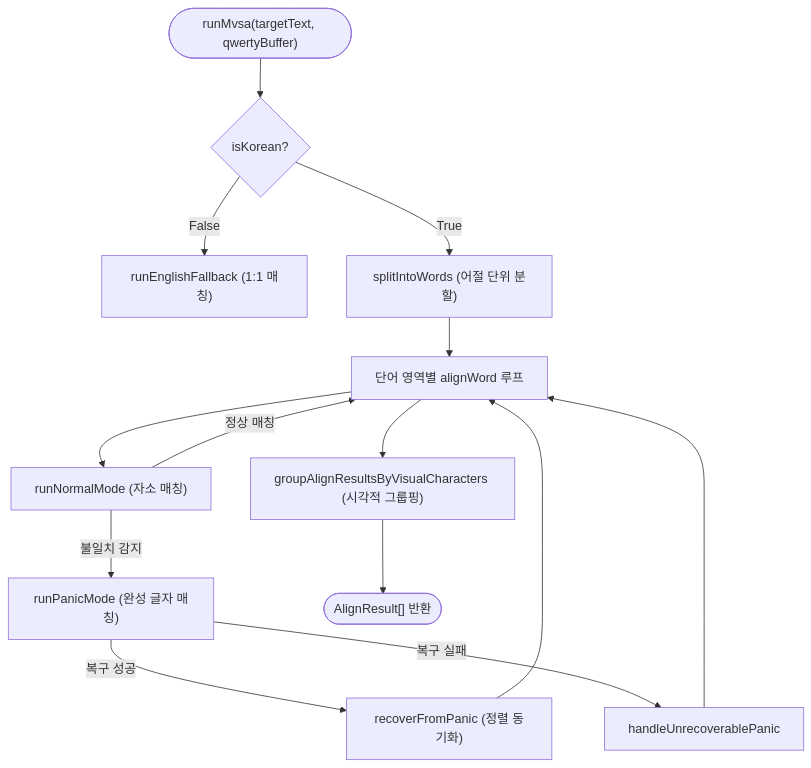
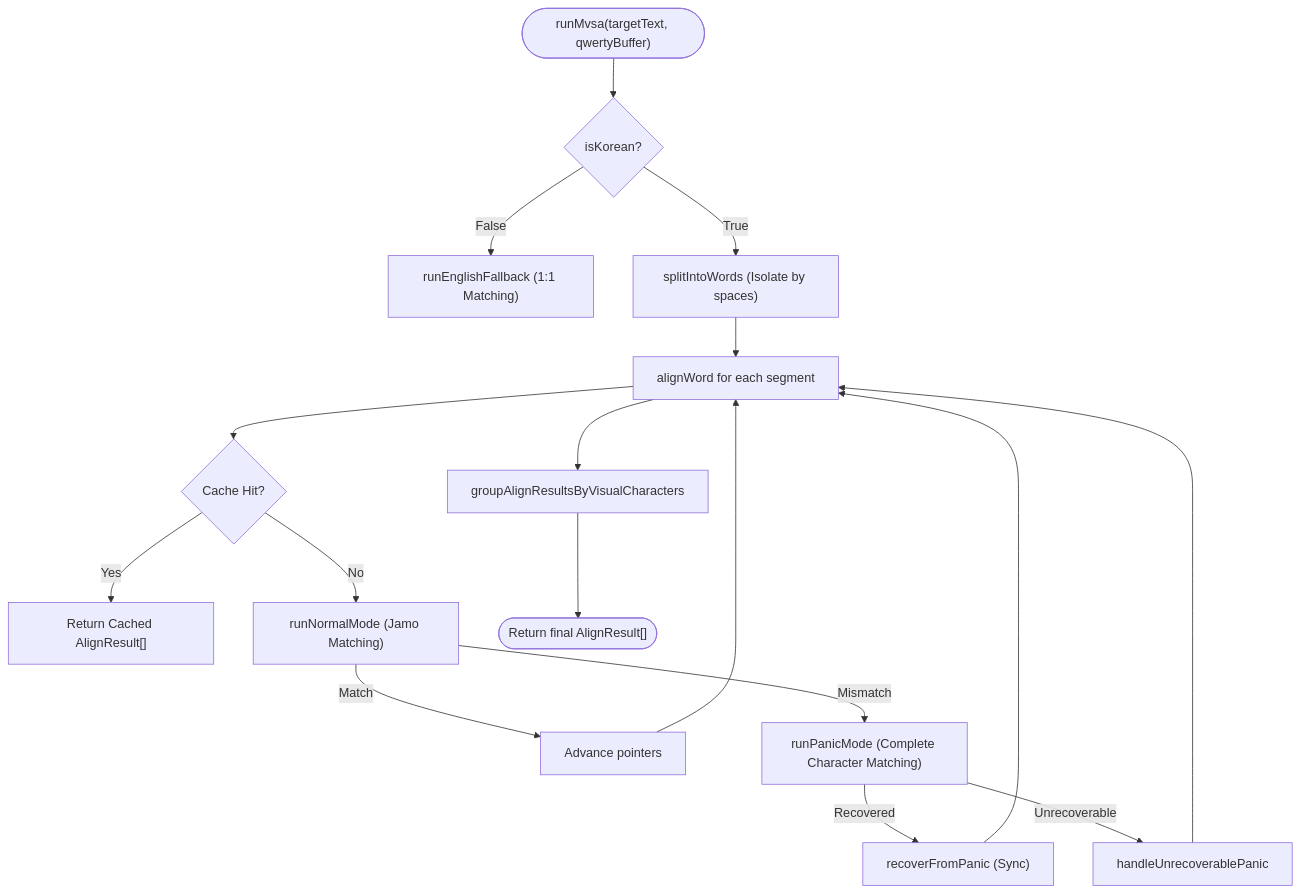
Before and after one commit to JSkutor/typediag: the diagram in docs/MVSA_ALGORITHM.md, drawn with Mermaid. The commit also changed other lines of this file and 10 other files, not shown here.

````diff
--- a/docs/MVSA_ALGORITHM.md
+++ b/docs/MVSA_ALGORITHM.md
@@ -26,17 +25,20 @@
 ```mermaid
 flowchart TD
     Start(["runMvsa(targetText, qwertyBuffer)"])
-    --> LangCheck{isKorean?}
-    LangCheck -->|False| Eng["runEnglishFallback (1:1 매칭)"]
-    LangCheck -->|True| Split["splitIntoWords (어절 단위 분할)"]
-    Split --> Loop["단어 영역별 alignWord 루프"]
-    Loop --> NM["runNormalMode (자소 매칭)"]
-    NM -->|정상 매칭| Loop
-    NM -->|불일치 감지| PM["runPanicMode (완성 글자 매칭)"]
-    PM -->|복구 성공| RF["recoverFromPanic (정렬 동기화)"]
-    PM -->|복구 실패| HU["handleUnrecoverablePanic"]
+    --> LangCheck{"isKorean?"}
+    LangCheck -->|False| Eng["runEnglishFallback (1:1 Matching)"]
+    LangCheck -->|True| Split["splitIntoWords (Isolate by spaces)"]
+    Split --> Loop["alignWord for each segment"]
+    Loop --> Cache{"Cache Hit?"}
+    Cache -->|Yes| Hit["Return Cached AlignResult[]"]
+    Cache -->|No| NM["runNormalMode (Jamo Matching)"]
+    NM -->|Match| Next["Advance pointers"]
+    NM -->|Mismatch| PM["runPanicMode (Complete Character Matching)"]
+    PM -->|Recovered| RF["recoverFromPanic (Sync)"]
+    PM -->|Unrecoverable| HU["handleUnrecoverablePanic"]
+    Next --> Loop
     RF --> Loop
     HU --> Loop
-    Loop --> Group["groupAlignResultsByVisualCharacters (시각적 그룹핑)"]
-    Group --> End(["AlignResult[] 반환"])
+    Loop --> Group["groupAlignResultsByVisualCharacters"]
+    Group --> End(["Return final AlignResult[]"])
 ```
````
